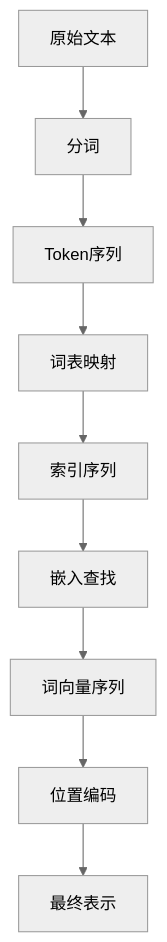
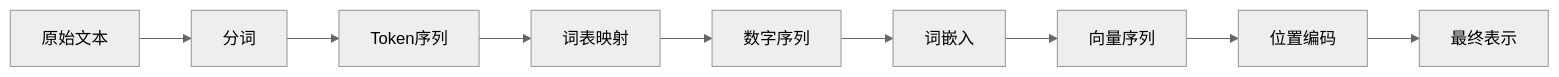
One commit to byeyear/markdown-website-framework changed the diagram in tutorial/content/llm/text-representation.md. Above: the diagram before and after it, drawn with Mermaid (neutral theme). The commit also changed other lines of this file and 13 other files, not shown here.

````diff
--- a/tutorial/content/llm/text-representation.md
+++ b/tutorial/content/llm/text-representation.md
@@ -353,11 +271,11 @@
 ```mermaid
-graph TD
+graph LR
     A[原始文本] --> B[分词]
     B --> C[Token序列]
     C --> D[词表映射]
-    D --> E[索引序列]
-    E --> F[嵌入查找]
-    F --> G[词向量序列]
+    D --> E[数字序列]
+    E --> F[词嵌入]
+    F --> G[向量序列]
     G --> H[位置编码]
     H --> I[最终表示]
 ```
````
